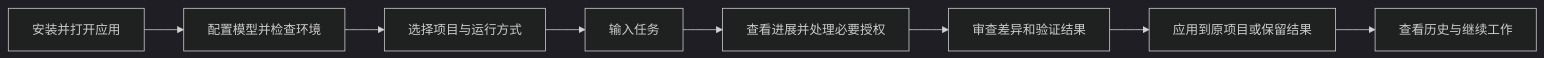
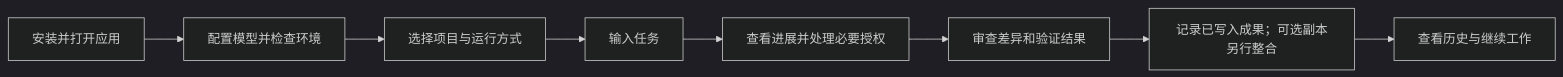
One commit to ZZ7777679/my-coding-agent changed the second of 2 diagrams in docs/plan/coding-agent-from-zero-plan.md. Above: the diagram before and after it, drawn with Mermaid (dark theme). The commit also changed other lines of this file and 181 other files, not shown here.

````diff
--- a/docs/plan/coding-agent-from-zero-plan.md
+++ b/docs/plan/coding-agent-from-zero-plan.md
@@ -647,10 +701,10 @@
 ```mermaid
 flowchart LR
     A[安装并打开应用] --> B[配置模型并检查环境]
     B --> C[选择项目与运行方式]
     C --> D[输入任务]
     D --> E[查看进展并处理必要授权]
     E --> F[审查差异和验证结果]
-    F --> G[应用到原项目或保留结果]
+    F --> G[记录已写入成果；可选副本另行整合]
     G --> H[查看历史与继续工作]
 ```
````
